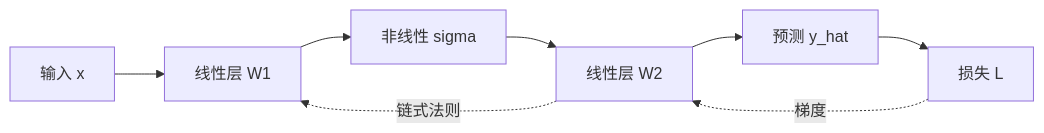
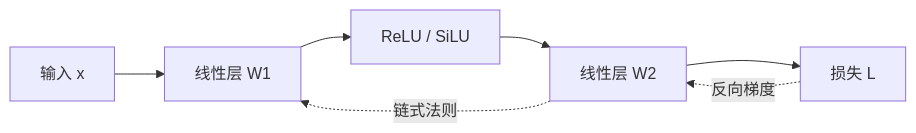
The second of 4 diagrams in md/Deep_Learning_Foundations_ZH.md (zengxiong111/Foundation_of_Embodied_AI), drawn with Mermaid before and after one commit. The commit also changed other lines of this file and 10 other files, not shown here.

````diff
--- a/md/Deep_Learning_Foundations_ZH.md
+++ b/md/Deep_Learning_Foundations_ZH.md
@@ -205,10 +231,9 @@
 ```mermaid
 flowchart LR
-    X[输入 x] --> W1[线性层 W1]
-    W1 --> N[非线性 sigma]
-    N --> W2[线性层 W2]
-    W2 --> Y[预测 y_hat]
-    Y --> Loss[损失 L]
-    Loss -.梯度.-> W2
-    W2 -.链式法则.-> W1
+    X[输入 x] --> Z[线性层 W1]
+    Z --> H[ReLU / SiLU]
+    H --> Y[线性层 W2]
+    Y --> L[损失 L]
+    L -.反向梯度.-> Y
+    Y -.链式法则.-> Z
 ```
````
